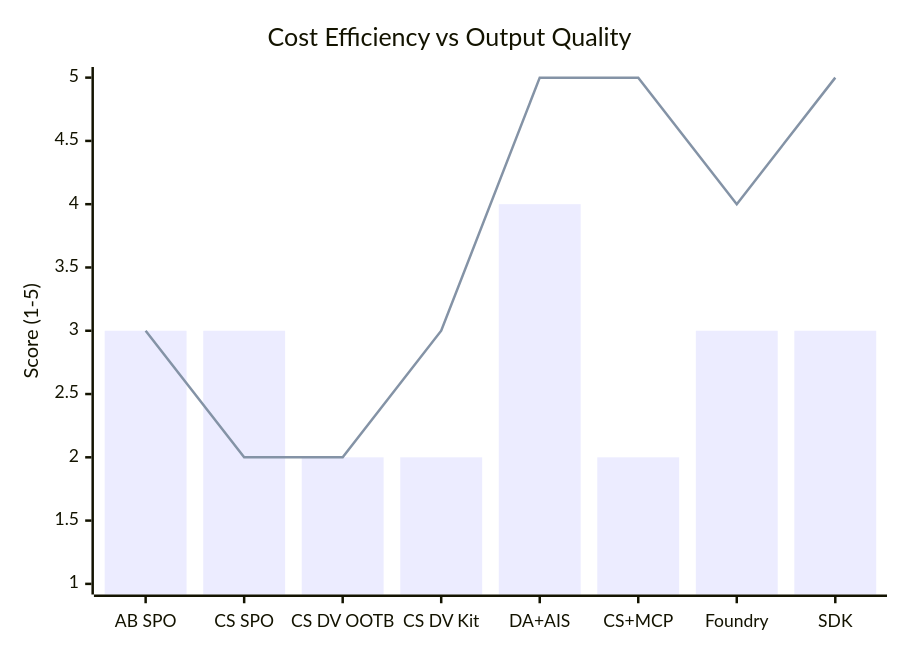
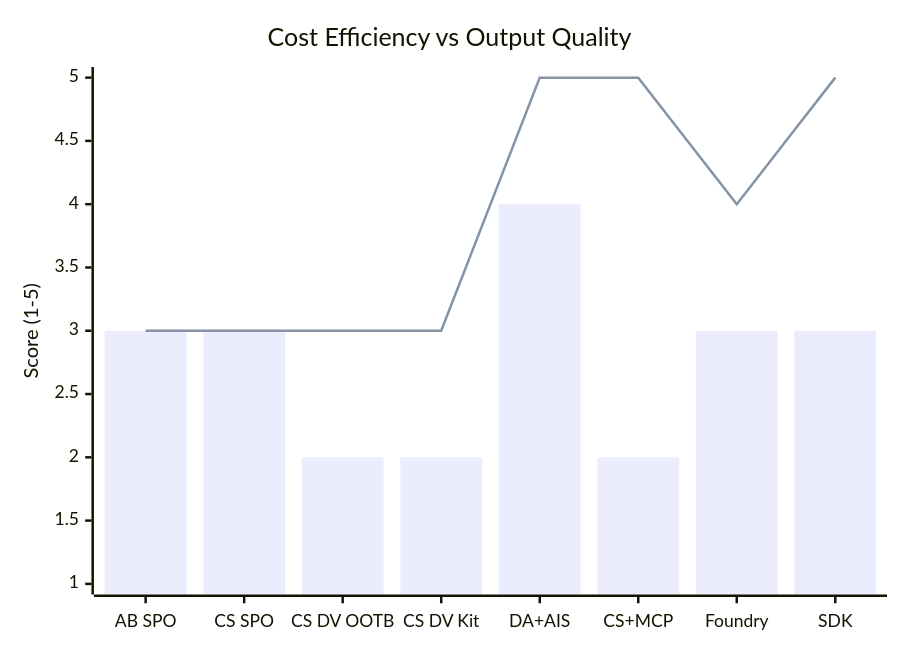
The ninth of 10 diagrams in COMPARISON.md (ostefka/AgentsAdvancedSearch), drawn with Mermaid before and after one commit. The commit also changed other lines of this file, not shown here.

````diff
--- a/COMPARISON.md
+++ b/COMPARISON.md
@@ -362,8 +362,8 @@
 ```mermaid
 xychart-beta
   title "Cost Efficiency vs Output Quality"
   x-axis ["AB SPO", "CS SPO", "CS DV OOTB", "CS DV Kit", "DA+AIS", "CS+MCP", "Foundry", "SDK"]
   y-axis "Score (1-5)" 1 --> 5
   bar [3, 3, 2, 2, 4, 2, 3, 3]
-  line [3, 2, 2, 3, 5, 5, 4, 5]
+  line [3, 3, 3, 3, 5, 5, 4, 5]
 ```
````
